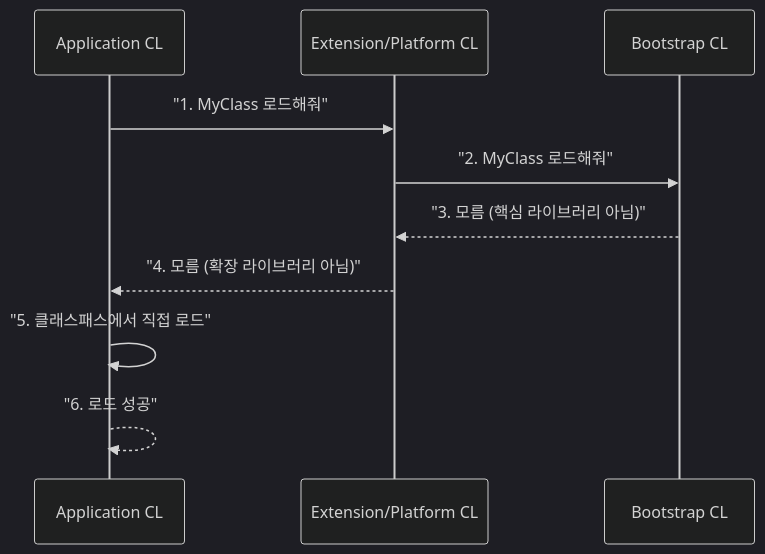
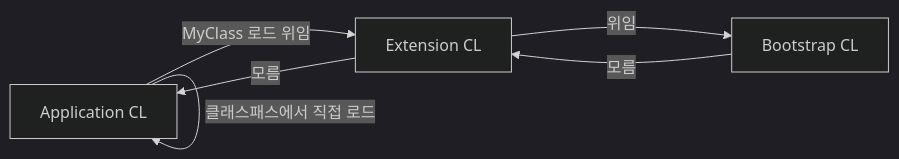
The second of 7 diagrams in _posts/java/2026-05-02-jvm-architecture.md (yjkim2015/yjkim2015.github.io), drawn with Mermaid (dark theme) before and after one commit. The commit also changed 32 other files, not shown here.

First line of the commit message:
sequenceDiagram 82개 → graph LR 변환 완료

````diff
--- a/_posts/java/2026-05-02-jvm-architecture.md
+++ b/_posts/java/2026-05-02-jvm-architecture.md
@@ -195,12 +195,8 @@
 ```mermaid
-sequenceDiagram
-    participant App as Application CL
-    participant Ext as Extension/Platform CL
-    participant Boot as Bootstrap CL
-    App->>Ext: "1. MyClass 로드해줘"
-    Ext->>Boot: "2. MyClass 로드해줘"
-    Boot-->>Ext: "3. 모름 (핵심 라이브러리 아님)"
-    Ext-->>App: "4. 모름 (확장 라이브러리 아님)"
-    App->>App: "5. 클래스패스에서 직접 로드"
-    App-->>App: "6. 로드 성공"
+graph LR
+    App["Application CL"] -->|"MyClass 로드 위임"| Ext["Extension CL"]
+    Ext -->|"위임"| Boot["Bootstrap CL"]
+    Boot -->|"모름"| Ext
+    Ext -->|"모름"| App
+    App -->|"클래스패스에서 직접 로드"| App
 ```
````
